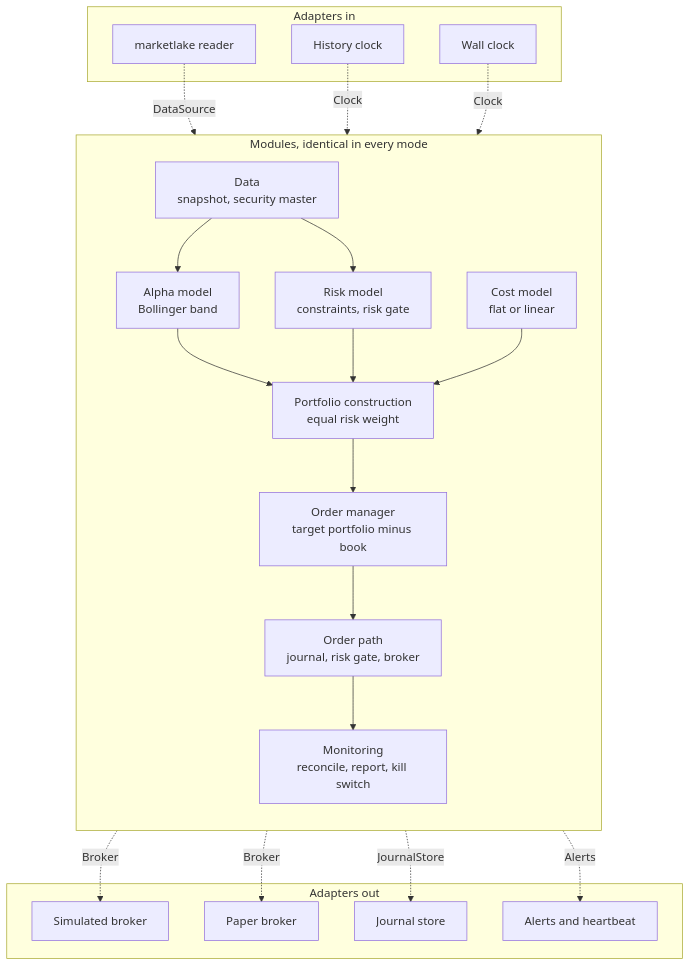
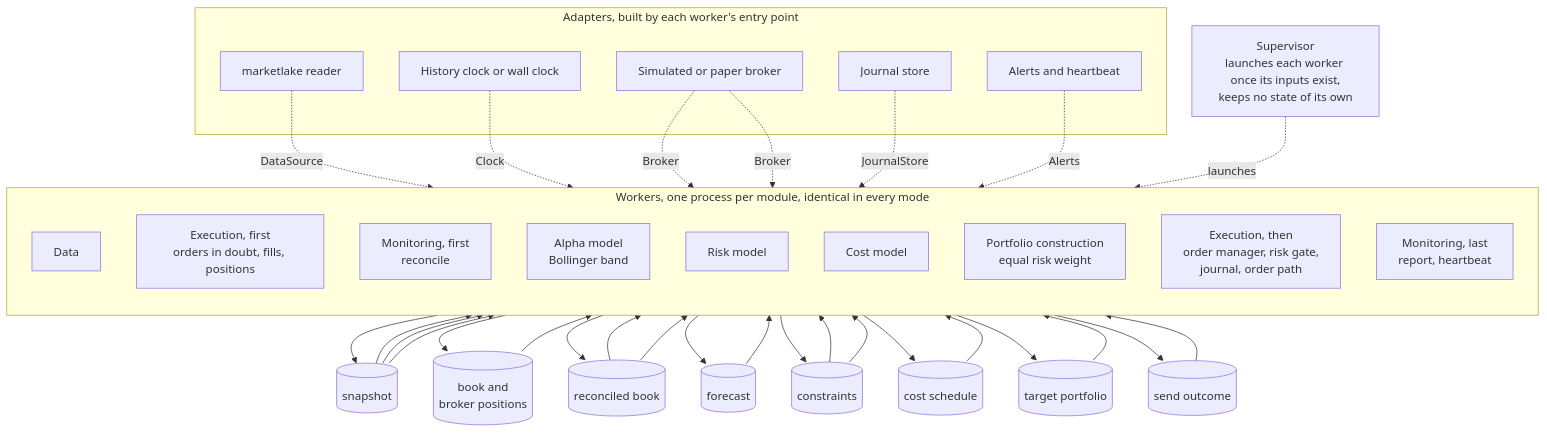
One commit to l3a0/ithildin-runtime changed the second of 16 diagrams in docs/architecture.md. Above: the diagram before and after it, drawn with Mermaid. The commit also changed other lines of this file and 2 other files, not shown here.

First line of the commit message:
docs(architecture): run each module as its own worker, passing files

````diff
--- a/docs/architecture.md
+++ b/docs/architecture.md
@@ -217,43 +232,56 @@
 ```mermaid
 flowchart TB
-    subgraph adapters_in["Adapters in"]
-        lakesrc["marketlake reader"]
-        histclock["History clock"]
-        wallclock["Wall clock"]
+    sup["Supervisor<br/>launches each worker once its inputs exist,<br/>keeps no state of its own"]
+
+    subgraph workers["Workers, one process per module, identical in every mode"]
+        direction TB
+        data["Data"]
+        exec_recover["Execution, first<br/>orders in doubt, fills, positions"]
+        mon_recon["Monitoring, first<br/>reconcile"]
+        alpha["Alpha model<br/>Bollinger band"]
+        risk["Risk model"]
+        cost["Cost model"]
+        pc["Portfolio construction<br/>equal risk weight"]
+        exec_send["Execution, then<br/>order manager, risk gate,<br/>journal, order path"]
+        mon_report["Monitoring, last<br/>report, heartbeat"]
     end
 
-    subgraph modules["Modules, identical in every mode"]
-        direction TB
-        data["Data<br/>snapshot, security master"]
-        alpha["Alpha model<br/>Bollinger band"]
-        risk["Risk model<br/>constraints, risk gate"]
-        cost["Cost model<br/>flat or linear"]
-        pc["Portfolio construction<br/>equal risk weight"]
-        om["Order manager<br/>target portfolio minus book"]
-        path["Order path<br/>journal, risk gate, broker"]
-        mon["Monitoring<br/>reconcile, report, kill switch"]
-        data --> alpha
-        data --> risk
-        alpha --> pc
-        risk --> pc
-        cost --> pc
-        pc --> om
-        om --> path
-        path --> mon
-    end
+    snap[("snapshot")]
+    pos[("book and<br/>broker positions")]
+    book[("reconciled book")]
+    fc[("forecast")]
+    cons[("constraints")]
+    sched[("cost schedule")]
+    target[("target portfolio")]
+    outcome[("send outcome")]
 
-    subgraph adapters_out["Adapters out"]
-        sim["Simulated broker"]
-        paper["Paper broker"]
+    data --> snap
+    exec_recover --> pos --> mon_recon --> book
+    snap --> alpha --> fc
+    snap --> risk
+    book --> risk --> cons
+    snap --> cost --> sched
+    fc --> pc
+    cons --> pc
+    sched --> pc
+    book --> pc --> target
+    target --> exec_send
+    cons --> exec_send
+    exec_send --> outcome --> mon_report
+
+    subgraph adapters["Adapters, built by each worker's entry point"]
+        lakesrc["marketlake reader"]
+        clock["History clock or wall clock"]
+        broker["Simulated or paper broker"]
         journalstore["Journal store"]
         alertsink["Alerts and heartbeat"]
     end
 
     lakesrc -. "DataSource" .-> data
-    histclock -. "Clock" .-> modules
-    wallclock -. "Clock" .-> modules
-    path -. "Broker" .-> sim
-    path -. "Broker" .-> paper
-    path -. "JournalStore" .-> journalstore
-    mon -. "Alerts" .-> alertsink
+    clock -. "Clock" .-> data
+    broker -. "Broker" .-> exec_recover
+    broker -. "Broker" .-> exec_send
+    journalstore -. "JournalStore" .-> exec_send
+    alertsink -. "Alerts" .-> mon_report
+    sup -. "launches" .-> workers
 ```
````
